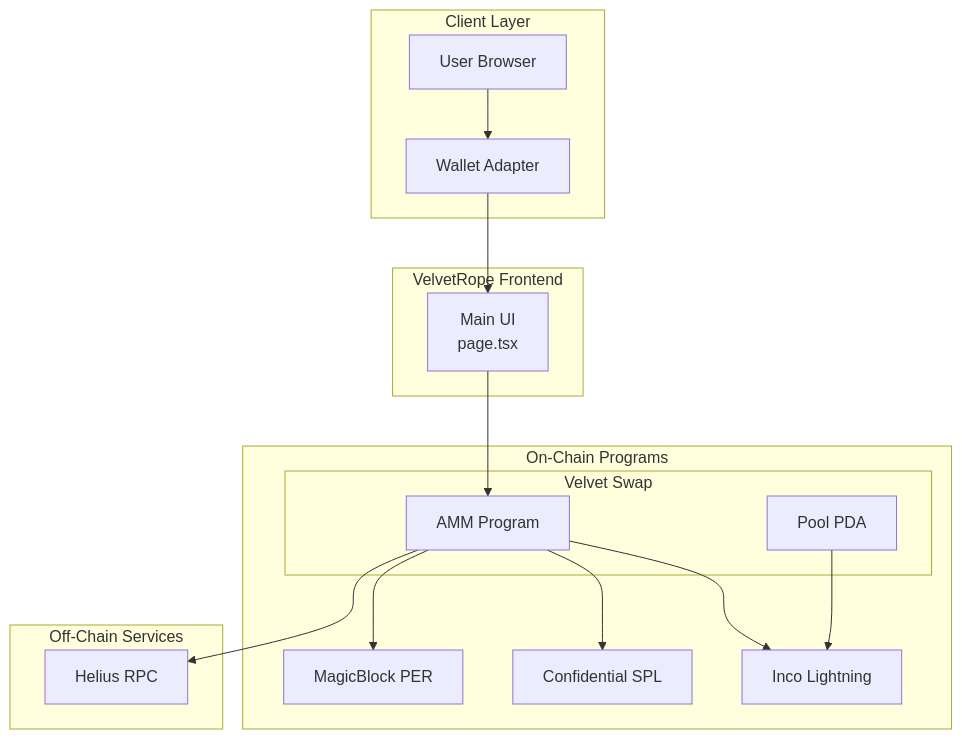
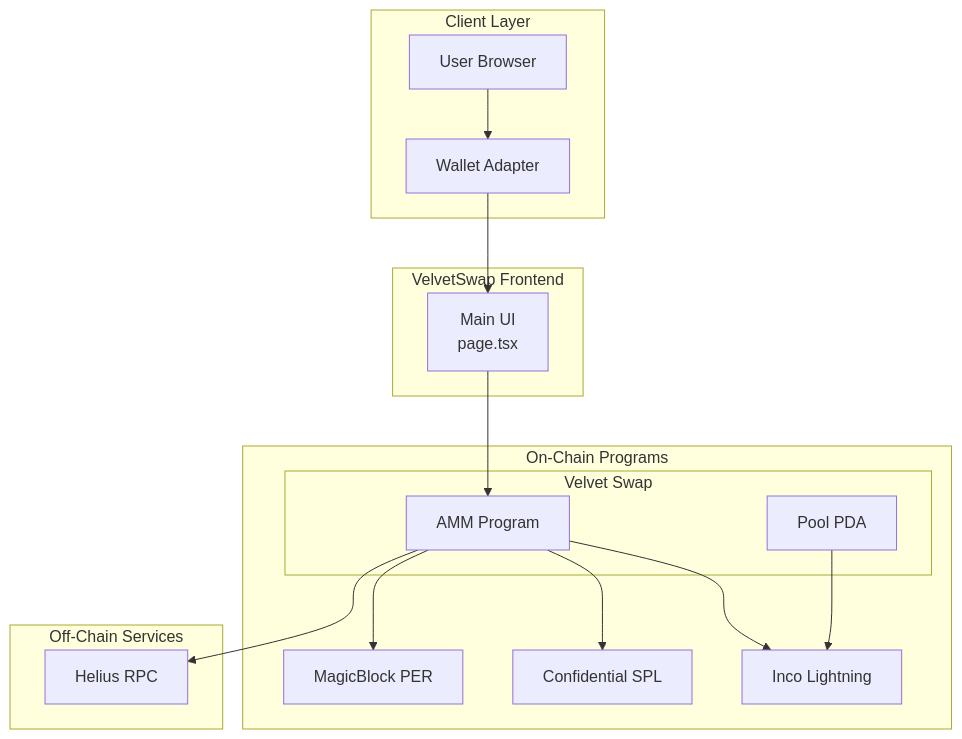
Before and after one commit to N-45div/Velvet_frontend: the first of 4 diagrams in ARCHITECTURE.md, drawn with Mermaid. The commit also changed other lines of this file and 3 other files, not shown here.

````diff
--- a/ARCHITECTURE.md
+++ b/ARCHITECTURE.md
@@ -13,34 +21,34 @@
 ```mermaid
 flowchart TB
     subgraph Client["Client Layer"]
         USER[User Browser]
         WALLET[Wallet Adapter]
     end
 
-    subgraph Frontend["VelvetRope Frontend"]
+    subgraph Frontend["VelvetSwap Frontend"]
         MAIN[Main UI<br/>page.tsx]
     end
 
     subgraph OnChain["On-Chain Programs"]
         subgraph VelvetSwap["Velvet Swap"]
             AMM[AMM Program]
             POOL[Pool PDA]
         end
         INCO[Inco Lightning]
         TOKEN[Confidential SPL]
         PER[MagicBlock PER]
     end
 
     subgraph OffChain["Off-Chain Services"]
         RPC[Helius RPC]
     end
 
     USER --> WALLET
     WALLET --> MAIN
     MAIN --> AMM
     AMM --> INCO
     AMM --> TOKEN
     AMM --> PER
     POOL --> INCO
     AMM --> RPC
 ```
````
